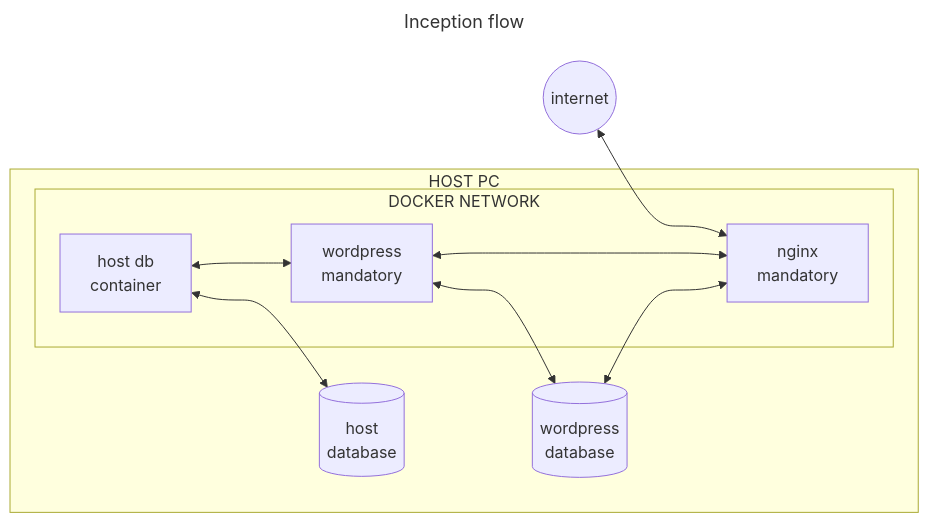
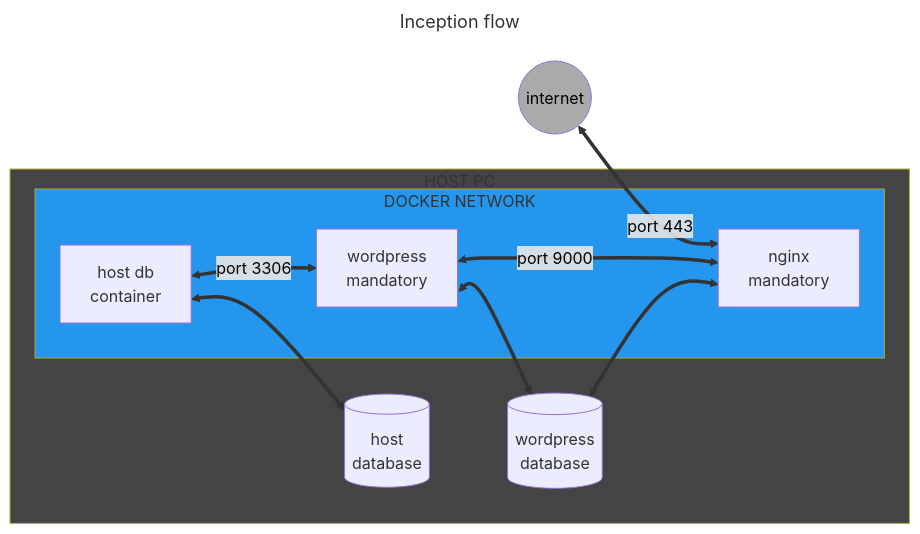
The diagram in README.md (andreyvdl/42-Inception), drawn with Mermaid before and after one commit.

````diff
--- a/README.md
+++ b/README.md
@@ -8,32 +8,37 @@
 ```mermaid
 ---
 title: Inception flow
 ---
 
+%%{ init: { 'flowchart' : { 'curve': 'natural' } } }%%
 flowchart LR
 
 net(("internet"))
 nginxMan["nginx
   mandatory"]
 wpPHP["wordpress
   mandatory"]
 wpDB[("wordpress
   database")]
 outCont["host db
   container"]
 outDB[("host
   database")]
 
-net <---> nginxMan
+net <==port 443==> nginxMan
 
-subgraph HOST PC
-  subgraph DOCKER NETWORK
-    outCont <---> wpPHP
-    wpPHP <---> nginxMan
+subgraph HP["HOST PC"]
+  subgraph DN["DOCKER NETWORK"]
+    outCont <==port 3306==> wpPHP
+    wpPHP <==port 9000==> nginxMan
   end
-  outCont <---> outDB
-  wpPHP <---> wpDB
-  wpDB <---> nginxMan
+  outCont <==> outDB
+  wpPHP <==> wpDB
+  wpDB <==> nginxMan
 end
 
+style DN fill:#2496ED
+style HP fill:#444444
+style net fill:#aaaaaa,color:#000
+linkStyle 0,1,2 color:#000 
 ```
````
